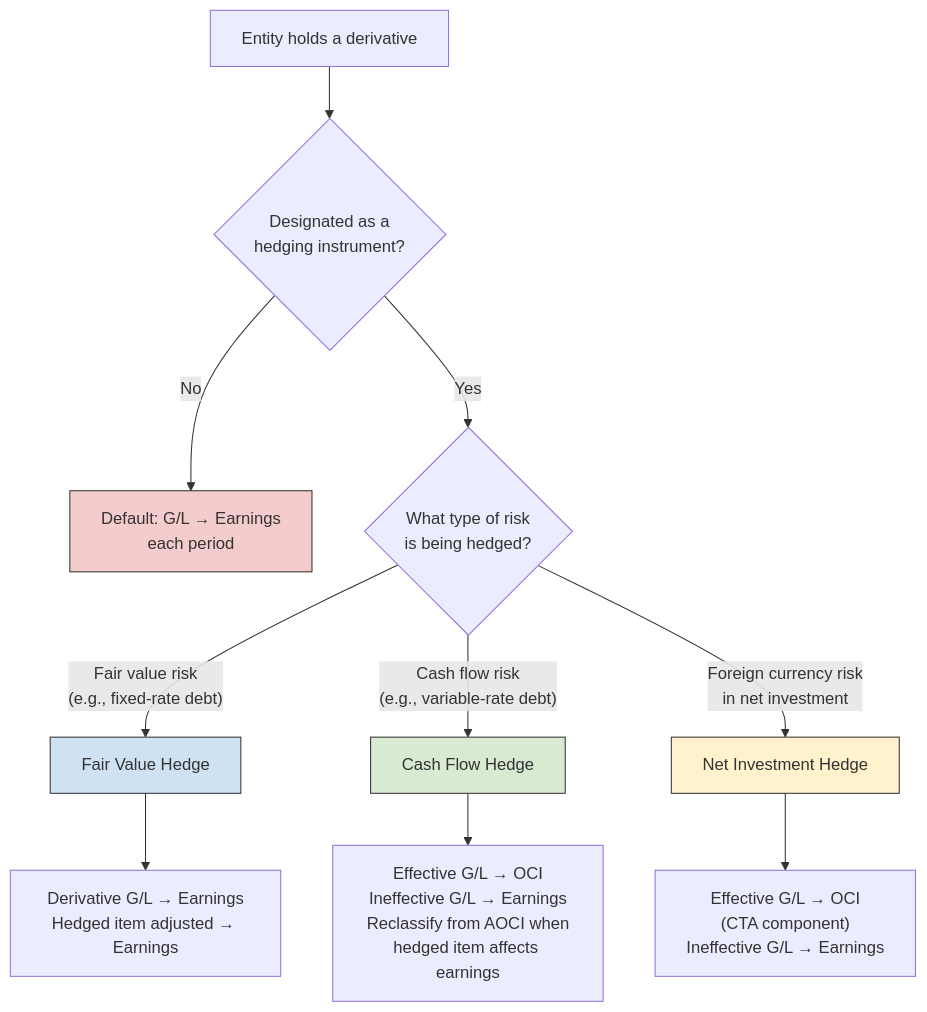
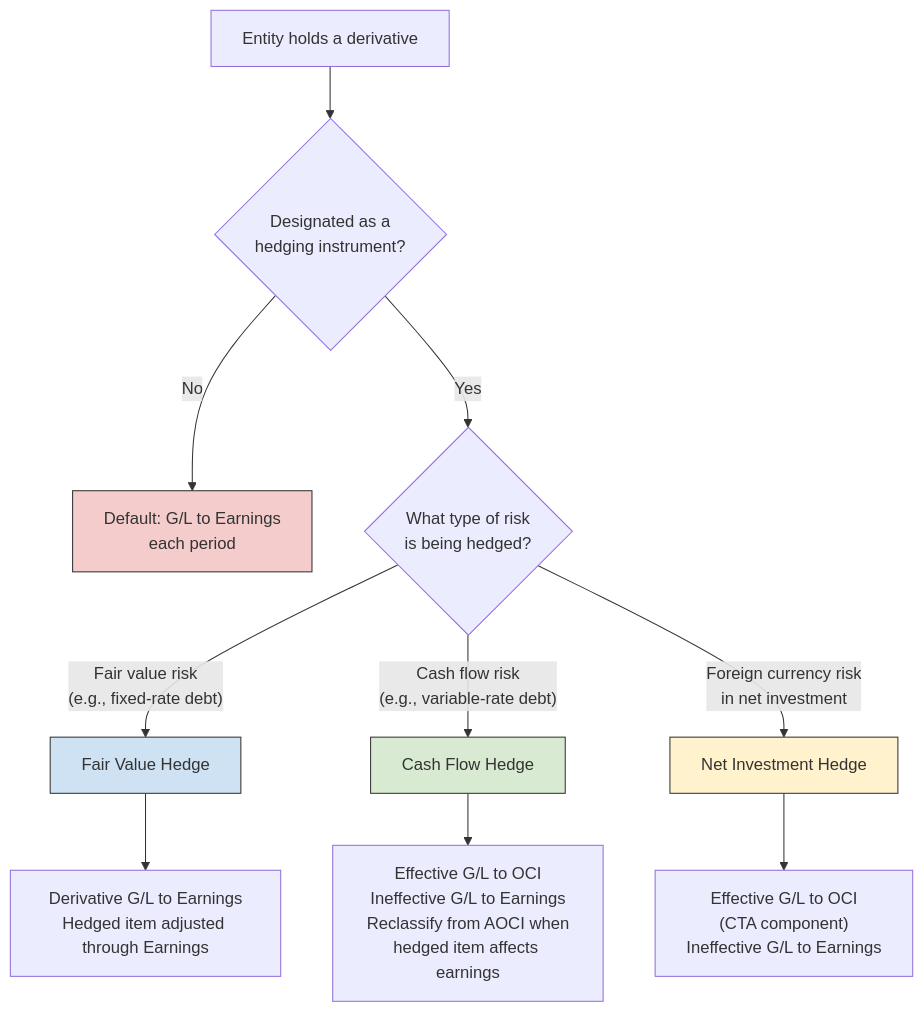
Before and after one commit to subwaymatch/cpabear-book: the fifth of 5 diagrams in docs/bar/technical-accounting-combinations-and-reporting/derivatives-and-hedge-accounting.md, drawn with Mermaid. The commit also changed other lines of this file and 222 other files, not shown here.

````diff
--- a/docs/bar/technical-accounting-combinations-and-reporting/derivatives-and-hedge-accounting.md
+++ b/docs/bar/technical-accounting-combinations-and-reporting/derivatives-and-hedge-accounting.md
@@ -469,16 +469,16 @@
 ```mermaid
 graph TD
     A["Entity holds a derivative"] --> B{"Designated as a<br/>hedging instrument?"}
-    B -->|No| C["Default: G/L → Earnings<br/>each period"]
+    B -->|No| C["Default: G/L to Earnings<br/>each period"]
     B -->|Yes| D{"What type of risk<br/>is being hedged?"}
     D -->|"Fair value risk<br/>(e.g., fixed-rate debt)"| E["Fair Value Hedge"]
     D -->|"Cash flow risk<br/>(e.g., variable-rate debt)"| F["Cash Flow Hedge"]
     D -->|"Foreign currency risk<br/>in net investment"| G["Net Investment Hedge"]
-    E --> E1["Derivative G/L → Earnings<br/>Hedged item adjusted → Earnings"]
-    F --> F1["Effective G/L → OCI<br/>Ineffective G/L → Earnings<br/>Reclassify from AOCI when<br/>hedged item affects earnings"]
-    G --> G1["Effective G/L → OCI<br/>(CTA component)<br/>Ineffective G/L → Earnings"]
+    E --> E1["Derivative G/L to Earnings<br/>Hedged item adjusted through Earnings"]
+    F --> F1["Effective G/L to OCI<br/>Ineffective G/L to Earnings<br/>Reclassify from AOCI when<br/>hedged item affects earnings"]
+    G --> G1["Effective G/L to OCI<br/>(CTA component)<br/>Ineffective G/L to Earnings"]
     style C fill:#f4cccc,stroke:#333
     style E fill:#cfe2f3,stroke:#333
     style F fill:#d9ead3,stroke:#333
     style G fill:#fff2cc,stroke:#333
 ```
````
